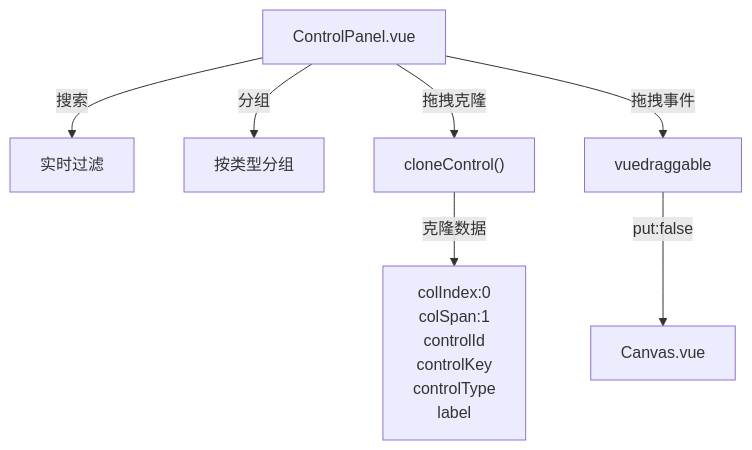
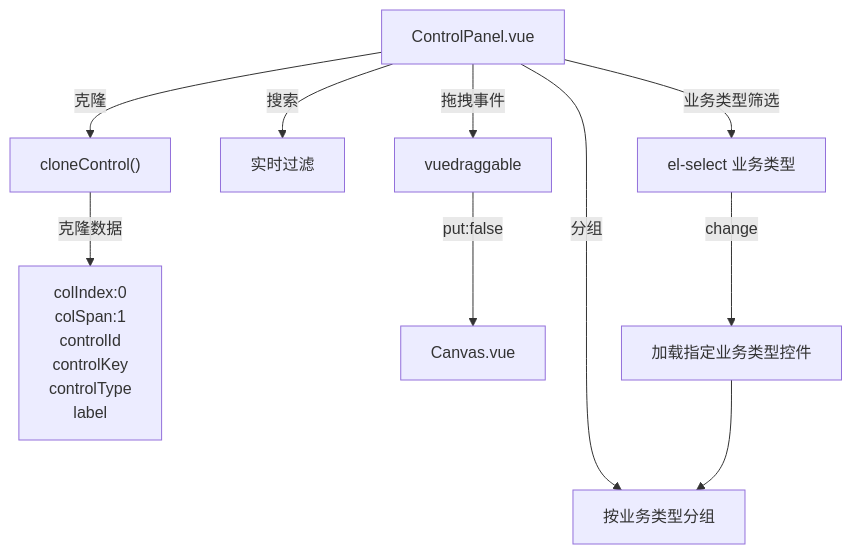
The fourth of 11 diagrams in .qoder/repowiki/zh/content/前端架构设计/拖拽式表单设计器.md (NJMrLi/genetics), drawn with Mermaid before and after one commit. The commit also changed other lines of this file and 19 other files, not shown here.

````diff
--- a/.qoder/repowiki/zh/content/前端架构设计/拖拽式表单设计器.md
+++ b/.qoder/repowiki/zh/content/前端架构设计/拖拽式表单设计器.md
@@ -189,9 +203,12 @@
 ```mermaid
 graph TB
-CP["ControlPanel.vue"] --> |搜索| Filter["实时过滤"]
-CP --> |分组| Group["按类型分组"]
-CP --> |拖拽克隆| Clone["cloneControl()"]
+CP["ControlPanel.vue"] --> |业务类型筛选| BizType["el-select 业务类型"]
+CP --> |搜索| Filter["实时过滤"]
+CP --> |分组| Group["按业务类型分组"]
+CP --> |克隆| Clone["cloneControl()"]
 Clone --> |克隆数据| CellData["colIndex:0<br/>colSpan:1<br/>controlId<br/>controlKey<br/>controlType<br/>label"]
 CP --> |拖拽事件| Draggable["vuedraggable"]
 Draggable --> |put:false| Canvas["Canvas.vue"]
+BizType --> |change| LoadGroup["加载指定业务类型控件"]
+LoadGroup --> Group
 ```
````
